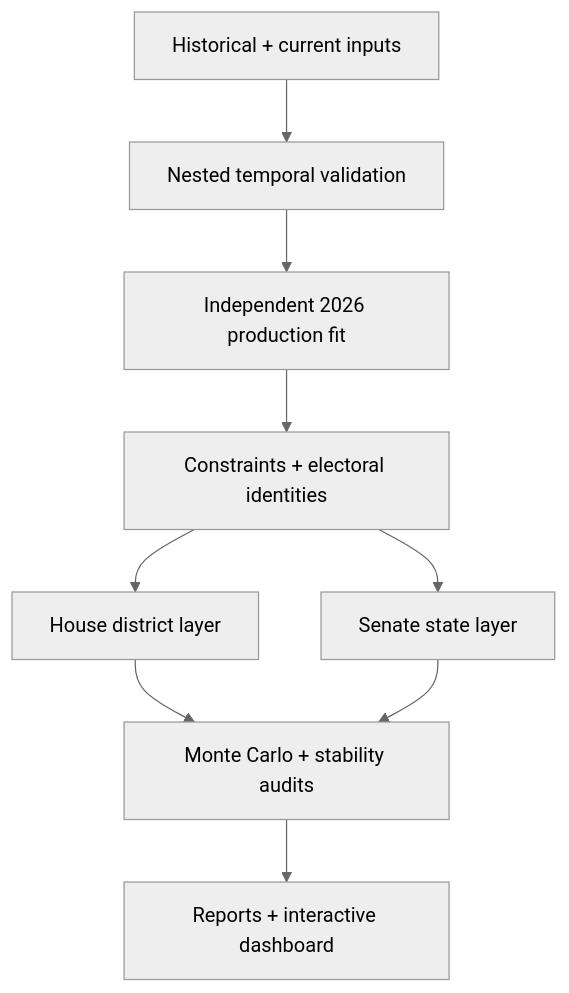
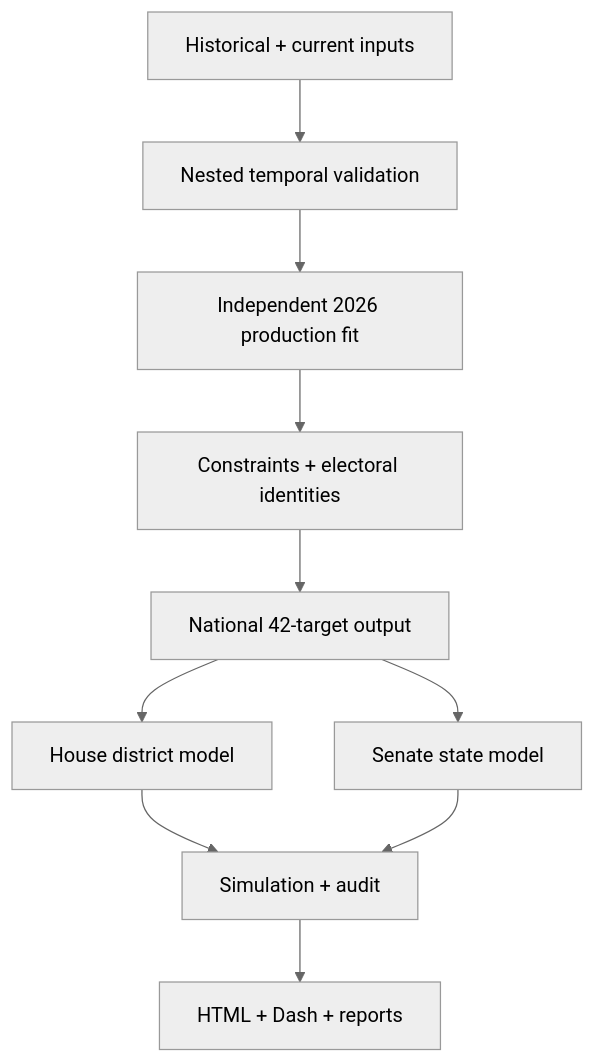
One commit to juaniflls/midterms-2026-forecast changed the second of 2 diagrams in README.md. Above: the diagram before and after it, drawn with Mermaid (neutral theme). The commit also changed other lines of this file and 147 other files, not shown here.

````diff
--- a/README.md
+++ b/README.md
@@ -56,11 +130,12 @@
 ```mermaid
 flowchart TD
     A["Historical + current inputs"] --> B["Nested temporal validation"]
     B --> C["Independent 2026 production fit"]
     C --> D["Constraints + electoral identities"]
-    D --> E["House district layer"]
-    D --> F["Senate state layer"]
-    E --> G["Monte Carlo + stability audits"]
-    F --> G
-    G --> H["Reports + interactive dashboard"]
+    D --> E["National 42-target output"]
+    E --> F["House district model"]
+    E --> G["Senate state model"]
+    F --> H["Simulation + audit"]
+    G --> H
+    H --> I["HTML + Dash + reports"]
 ```
````
